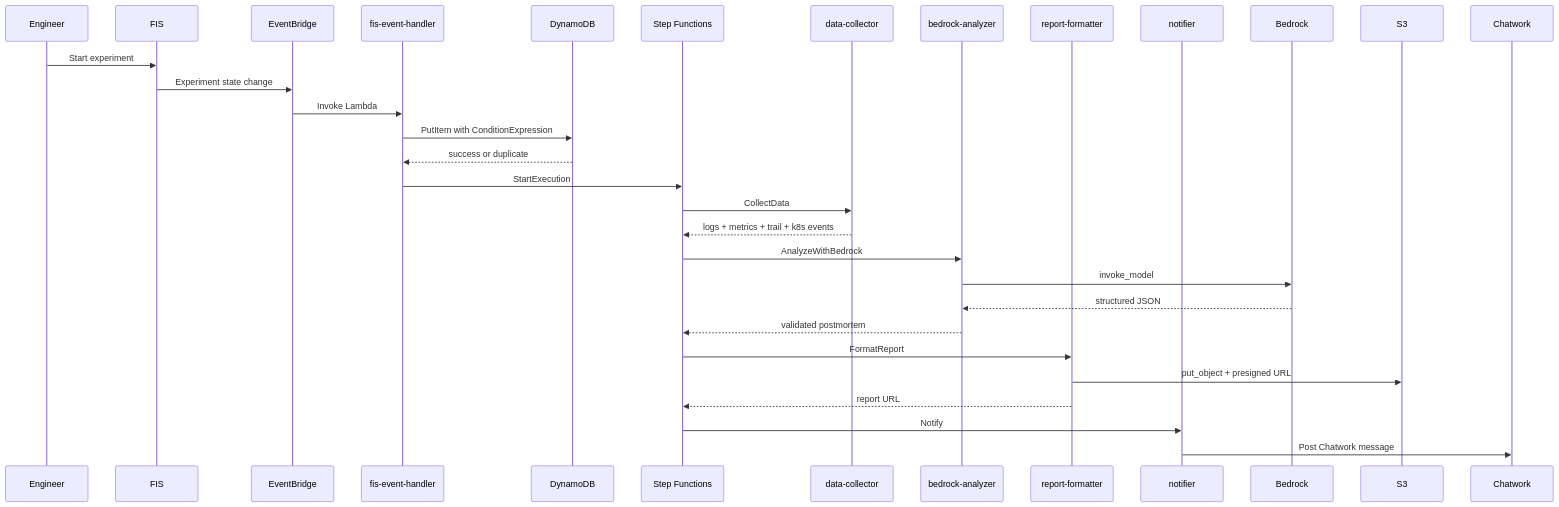
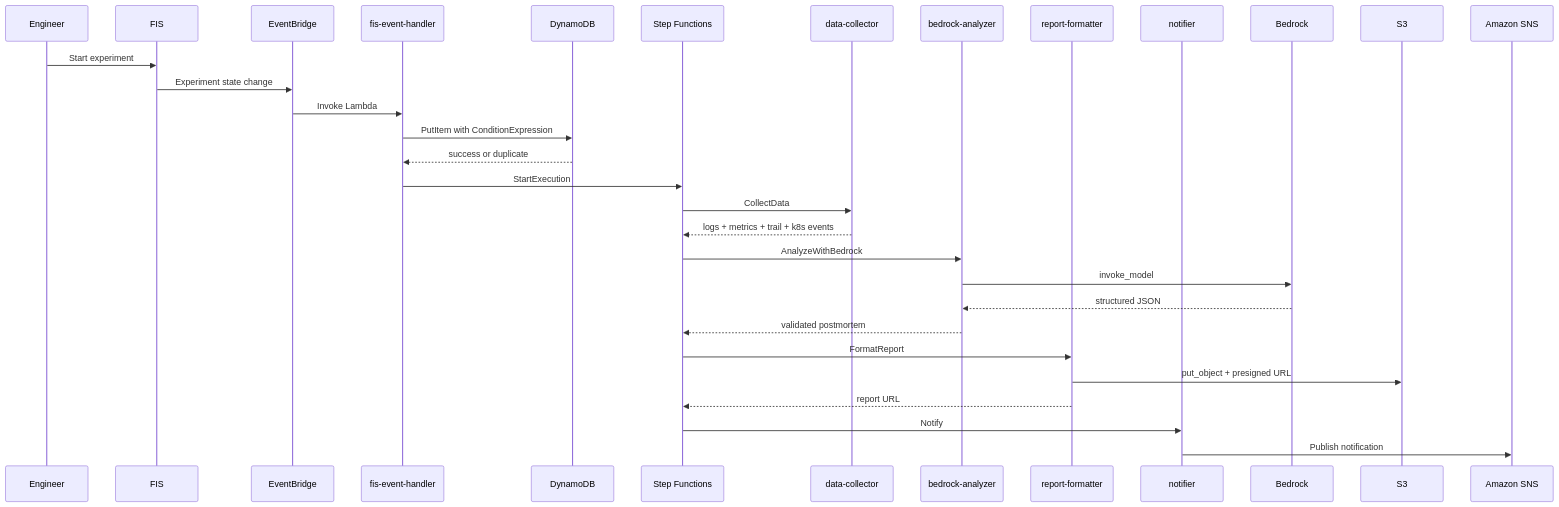
The second of 3 diagrams in eks-chaos-postmortem-generator/ARCHITECTURE.md (tk-21/terraform-lab), drawn with Mermaid before and after one commit. The commit also changed other lines of this file and 19 other files, not shown here.

````diff
--- a/eks-chaos-postmortem-generator/ARCHITECTURE.md
+++ b/eks-chaos-postmortem-generator/ARCHITECTURE.md
@@ -53,34 +53,34 @@
 ```mermaid
 sequenceDiagram
     participant U as Engineer
     participant F as FIS
     participant E as EventBridge
     participant O as fis-event-handler
     participant D as DynamoDB
     participant S as Step Functions
     participant C as data-collector
     participant B as bedrock-analyzer
     participant R as report-formatter
     participant N as notifier
     participant T as Bedrock
     participant X as S3
-    participant H as Chatwork
+    participant SNS as Amazon SNS
 
     U->>F: Start experiment
     F->>E: Experiment state change
     E->>O: Invoke Lambda
     O->>D: PutItem with ConditionExpression
     D-->>O: success or duplicate
     O->>S: StartExecution
     S->>C: CollectData
     C-->>S: logs + metrics + trail + k8s events
     S->>B: AnalyzeWithBedrock
     B->>T: invoke_model
     T-->>B: structured JSON
     B-->>S: validated postmortem
     S->>R: FormatReport
     R->>X: put_object + presigned URL
     R-->>S: report URL
     S->>N: Notify
-    N->>H: Post Chatwork message
+    N->>SNS: Publish notification
 ```
````
